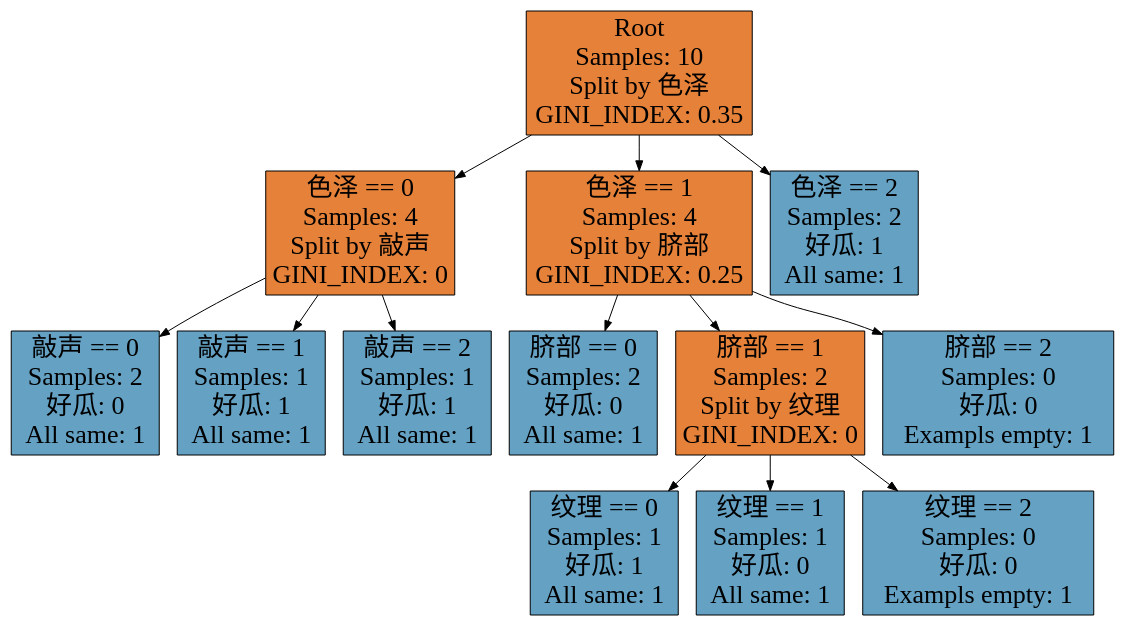
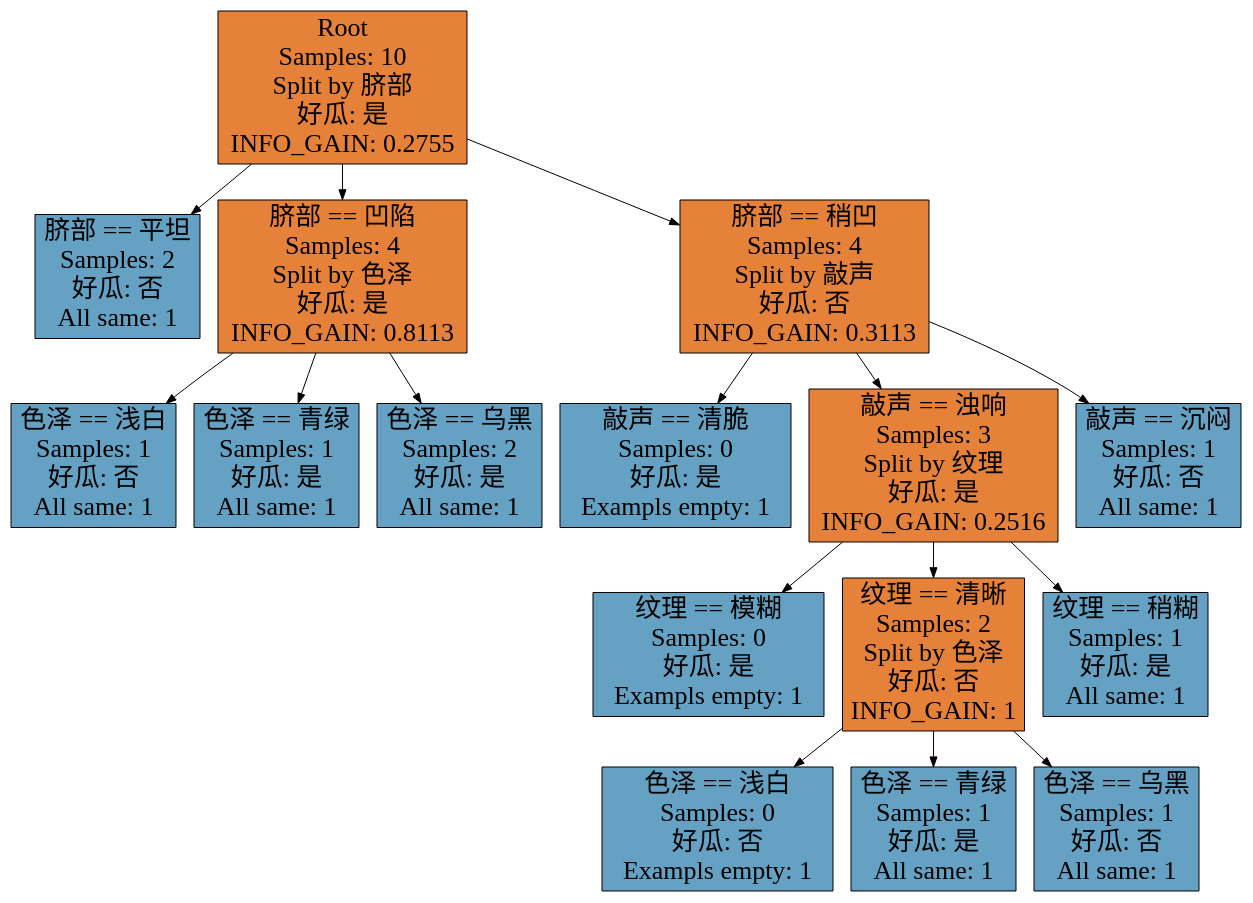
The diagram in resources/DT/trees/watermelon2.0-train.dot (VioletStrelitzia/AI), drawn with Graphviz before and after one commit. The commit also changed 245 other files, not shown here.

```diff
--- a/resources/DT/trees/watermelon2.0-train.dot
+++ b/resources/DT/trees/watermelon2.0-train.dot
@@ -1,29 +1,35 @@
 digraph Tree {
 node [shape=box, style="filled", color="black", fontname="Microsoft YaHei", fontsize=26];
 edge [fontname="Microsoft YaHei", fontsize=26];
-0 [label="Root\nSamples: 10\nSplit by 色泽\nGINI_INDEX: 0.35", fillcolor="#e58139"];
+0 [label="Root\nSamples: 10\nSplit by 脐部\n好瓜: 是\nINFO_GAIN: 0.2755", fillcolor="#e58139"];
 0 -> 1;
-1 [label="色泽 == 0\nSamples: 4\nSplit by 敲声\nGINI_INDEX: 0", fillcolor="#e58139"];
-1 -> 2;
-2 [label="敲声 == 0\nSamples: 2\n好瓜: 0\nAll same: 1", fillcolor="#64a1c3"];
-1 -> 3;
-3 [label="敲声 == 1\nSamples: 1\n好瓜: 1\nAll same: 1", fillcolor="#64a1c3"];
-1 -> 4;
-4 [label="敲声 == 2\nSamples: 1\n好瓜: 1\nAll same: 1", fillcolor="#64a1c3"];
-0 -> 5;
-5 [label="色泽 == 1\nSamples: 4\nSplit by 脐部\nGINI_INDEX: 0.25", fillcolor="#e58139"];
-5 -> 6;
-6 [label="脐部 == 0\nSamples: 2\n好瓜: 0\nAll same: 1", fillcolor="#64a1c3"];
-5 -> 7;
-7 [label="脐部 == 1\nSamples: 2\nSplit by 纹理\nGINI_INDEX: 0", fillcolor="#e58139"];
-7 -> 8;
-8 [label="纹理 == 0\nSamples: 1\n好瓜: 1\nAll same: 1", fillcolor="#64a1c3"];
-7 -> 9;
-9 [label="纹理 == 1\nSamples: 1\n好瓜: 0\nAll same: 1", fillcolor="#64a1c3"];
-7 -> 10;
-10 [label="纹理 == 2\nSamples: 0\n好瓜: 0\nExampls empty: 1", fillcolor="#64a1c3"];
-5 -> 11;
-11 [label="脐部 == 2\nSamples: 0\n好瓜: 0\nExampls empty: 1", fillcolor="#64a1c3"];
-0 -> 12;
-12 [label="色泽 == 2\nSamples: 2\n好瓜: 1\nAll same: 1", fillcolor="#64a1c3"];
+1 [label="脐部 == 平坦\nSamples: 2\n好瓜: 否\nAll same: 1", fillcolor="#64a1c3"];
+0 -> 2;
+2 [label="脐部 == 凹陷\nSamples: 4\nSplit by 色泽\n好瓜: 是\nINFO_GAIN: 0.8113", fillcolor="#e58139"];
+2 -> 3;
+3 [label="色泽 == 浅白\nSamples: 1\n好瓜: 否\nAll same: 1", fillcolor="#64a1c3"];
+2 -> 4;
+4 [label="色泽 == 青绿\nSamples: 1\n好瓜: 是\nAll same: 1", fillcolor="#64a1c3"];
+2 -> 5;
+5 [label="色泽 == 乌黑\nSamples: 2\n好瓜: 是\nAll same: 1", fillcolor="#64a1c3"];
+0 -> 6;
+6 [label="脐部 == 稍凹\nSamples: 4\nSplit by 敲声\n好瓜: 否\nINFO_GAIN: 0.3113", fillcolor="#e58139"];
+6 -> 7;
+7 [label="敲声 == 清脆\nSamples: 0\n好瓜: 是\nExampls empty: 1", fillcolor="#64a1c3"];
+6 -> 8;
+8 [label="敲声 == 浊响\nSamples: 3\nSplit by 纹理\n好瓜: 是\nINFO_GAIN: 0.2516", fillcolor="#e58139"];
+8 -> 9;
+9 [label="纹理 == 模糊\nSamples: 0\n好瓜: 是\nExampls empty: 1", fillcolor="#64a1c3"];
+8 -> 10;
+10 [label="纹理 == 清晰\nSamples: 2\nSplit by 色泽\n好瓜: 否\nINFO_GAIN: 1", fillcolor="#e58139"];
+10 -> 11;
+11 [label="色泽 == 浅白\nSamples: 0\n好瓜: 否\nExampls empty: 1", fillcolor="#64a1c3"];
+10 -> 12;
+12 [label="色泽 == 青绿\nSamples: 1\n好瓜: 是\nAll same: 1", fillcolor="#64a1c3"];
+10 -> 13;
+13 [label="色泽 == 乌黑\nSamples: 1\n好瓜: 否\nAll same: 1", fillcolor="#64a1c3"];
+8 -> 14;
+14 [label="纹理 == 稍糊\nSamples: 1\n好瓜: 是\nAll same: 1", fillcolor="#64a1c3"];
+6 -> 15;
+15 [label="敲声 == 沉闷\nSamples: 1\n好瓜: 否\nAll same: 1", fillcolor="#64a1c3"];
 }
```
